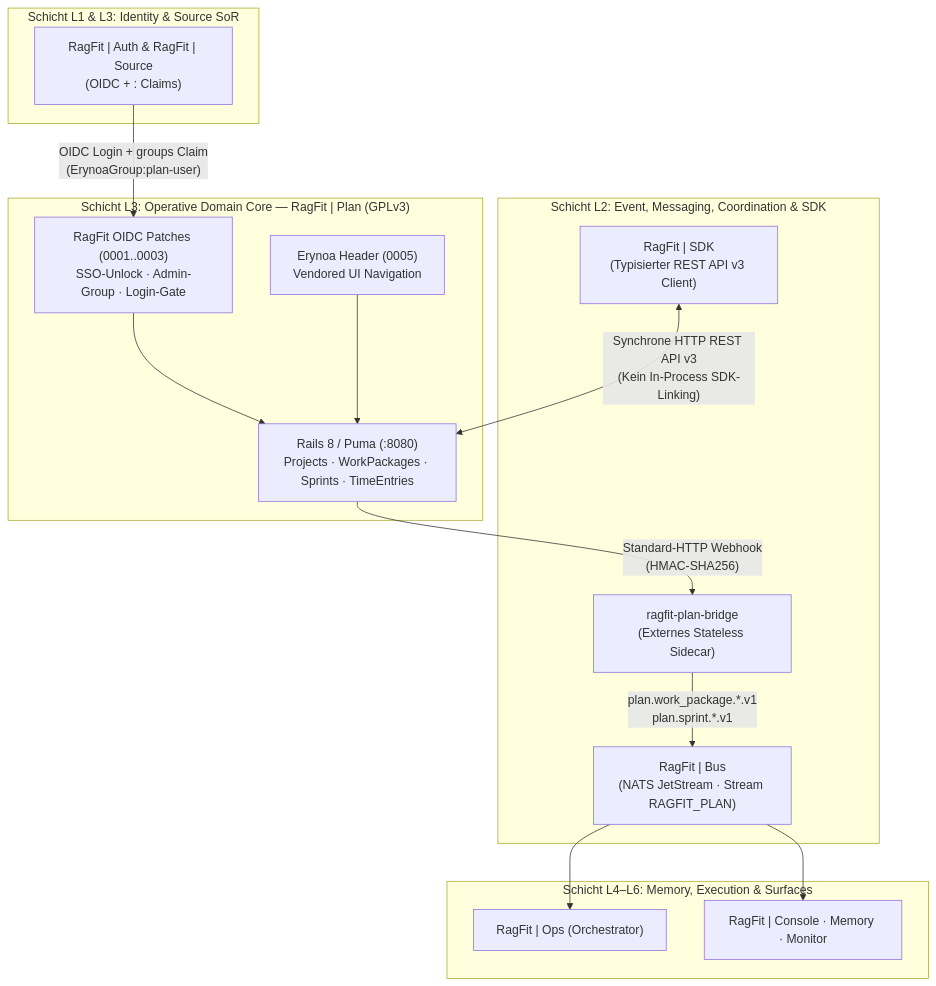
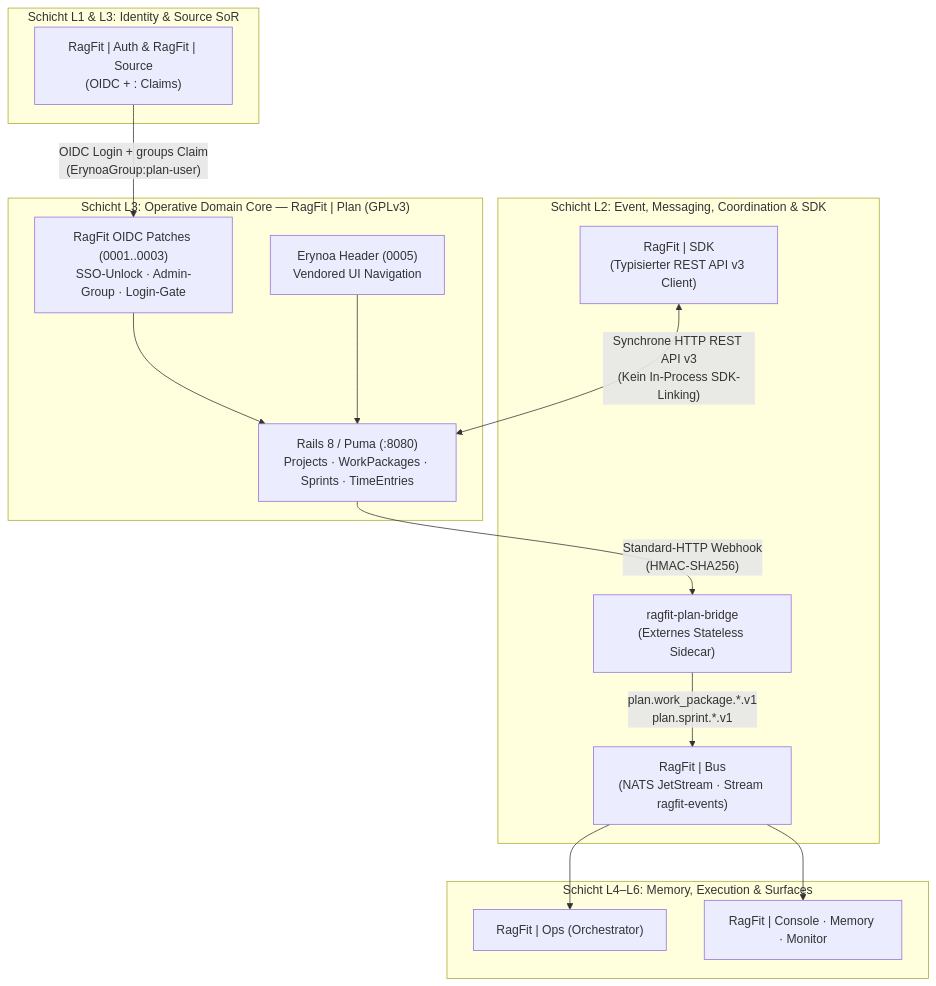
The diagram in README.md (ErynoaGroup/openproject), drawn with Mermaid before and after one commit. The commit also changed other lines of this file and 2866 other files, not shown here.

Commit message:
chore(cleanup): deep structural cleanup and canonical v4.0 NATS stream/layer alignment (L0-L6)

````diff
--- a/README.md
+++ b/README.md
@@ -52,32 +52,32 @@
 ```mermaid
 flowchart TB
   subgraph L1_L3["Schicht L1 & L3: Identity & Source SoR"]
     Auth["RagFit | Auth & RagFit | Source<br/>(OIDC + <org>:<team> Claims)"]
   end
 
   subgraph L2["Schicht L2: Event, Messaging, Coordination & SDK"]
     SDK["RagFit | SDK<br/>(Typisierter REST API v3 Client)"]
     Bridge["ragfit-plan-bridge<br/>(Externes Stateless Sidecar)"]
-    Bus["RagFit | Bus<br/>(NATS JetStream · Stream RAGFIT_PLAN)"]
+    Bus["RagFit | Bus<br/>(NATS JetStream · Stream ragfit-events)"]
   end
 
   subgraph L3_Plan["Schicht L3: Operative Domain Core — RagFit | Plan (GPLv3)"]
     Core["Rails 8 / Puma (:8080)<br/>Projects · WorkPackages · Sprints · TimeEntries"]
     OIDC["RagFit OIDC Patches (0001..0003)<br/>SSO-Unlock · Admin-Group · Login-Gate"]
     Header["Erynoa Header (0005)<br/>Vendored UI Navigation"]
   end
 
   subgraph L4_L5["Schicht L4–L6: Memory, Execution & Surfaces"]
     Ops["RagFit | Ops (Orchestrator)"]
     Surfaces["RagFit | Console · Memory · Monitor"]
   end
 
   Auth -->|"OIDC Login + groups Claim<br/>(ErynoaGroup:plan-user)"| OIDC
   OIDC --> Core
   Header --> Core
   SDK <-->|"Synchrone HTTP REST API v3<br/>(Kein In-Process SDK-Linking)"| Core
   Core -->|"Standard-HTTP Webhook<br/>(HMAC-SHA256)"| Bridge
   Bridge -->|"plan.work_package.*.v1<br/>plan.sprint.*.v1"| Bus
   Bus --> Ops
   Bus --> Surfaces
 ```
````
